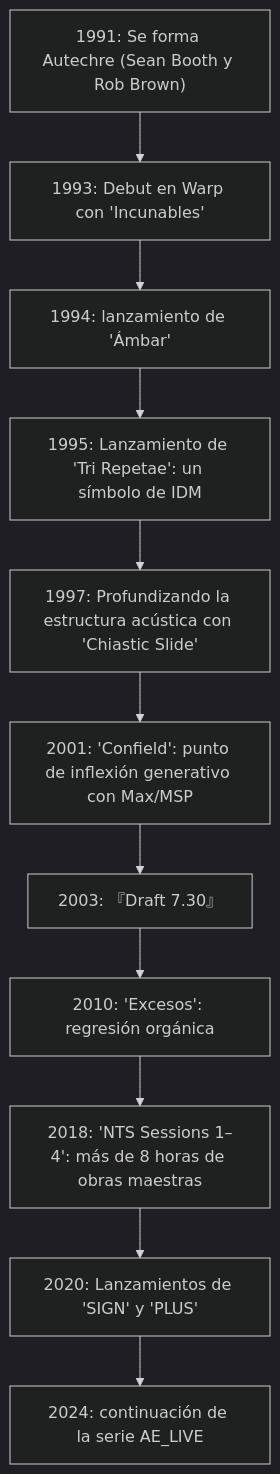
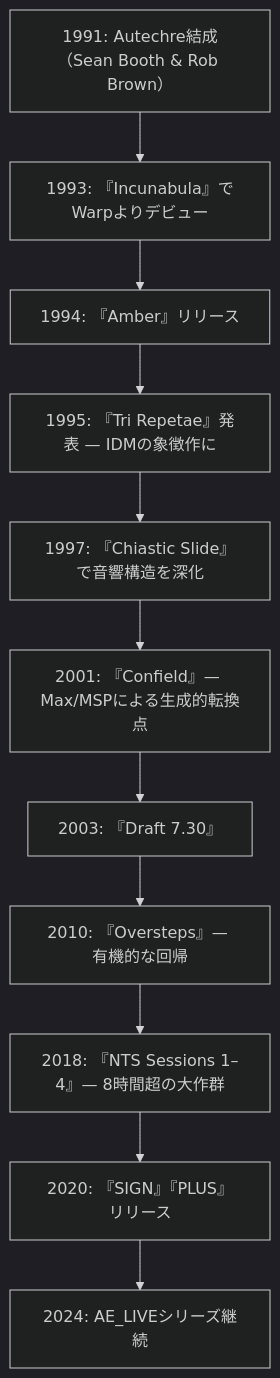
One commit to monumental-movement/monumental-movement.github.io changed the diagram in es/_posts/2025-10-09-Colum-Autechre.md. Above: the diagram before and after it, drawn with Mermaid (dark theme). The commit also changed other lines of this file and 299 other files, not shown here.

```diff
--- a/es/_posts/2025-10-09-Colum-Autechre.md
+++ b/es/_posts/2025-10-09-Colum-Autechre.md
@@ -152,18 +152,18 @@
 <div class="mermaid">
 
 flowchart TD
-    A1991["1991: Se forma Autechre (Sean Booth y Rob Brown)"]
-    A1993["1993: Debut en Warp con 'Incunables'"]
-    A1994["1994: lanzamiento de 'Ámbar'"]
-    A1995["1995: Lanzamiento de 'Tri Repetae': un símbolo de IDM"]
-    A1997["1997: Profundizando la estructura acústica con 'Chiastic Slide'"]
-    A2001["2001: 'Confield': punto de inflexión generativo con Max/MSP"]
+    A1991["1991: Autechre結成（Sean Booth & Rob Brown）"]
+    A1993["1993: 『Incunabula』でWarpよりデビュー"]
+    A1994["1994: 『Amber』リリース"]
+    A1995["1995: 『Tri Repetae』発表 — IDMの象徴作に"]
+    A1997["1997: 『Chiastic Slide』で音響構造を深化"]
+    A2001["2001: 『Confield』— Max/MSPによる生成的転換点"]
     A2003["2003: 『Draft 7.30』"]
-    A2010["2010: 'Excesos': regresión orgánica"]
-    A2018["2018: 'NTS Sessions 1–4': más de 8 horas de obras maestras"]
-    A2020["2020: Lanzamientos de 'SIGN' y 'PLUS'"]
-    A2024["2024: continuación de la serie AE_LIVE"]
+    A2010["2010: 『Oversteps』— 有機的な回帰"]
+    A2018["2018: 『NTS Sessions 1–4』— 8時間超の大作群"]
+    A2020["2020: 『SIGN』『PLUS』リリース"]
+    A2024["2024: AE_LIVEシリーズ継続"]
 
     A1991 --> A1993 --> A1994 --> A1995 --> A1997 --> A2001 --> A2003 --> A2010 --> A2018 --> A2020 --> A2024
 
 </div>
```
